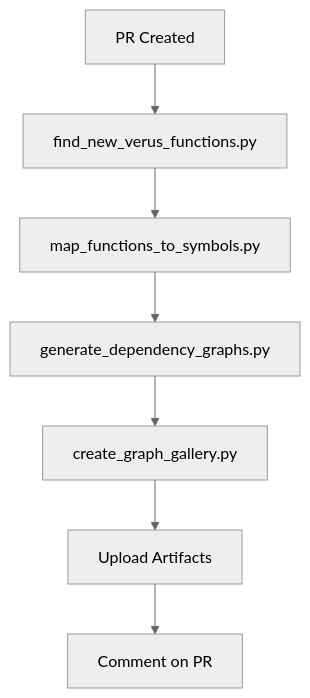
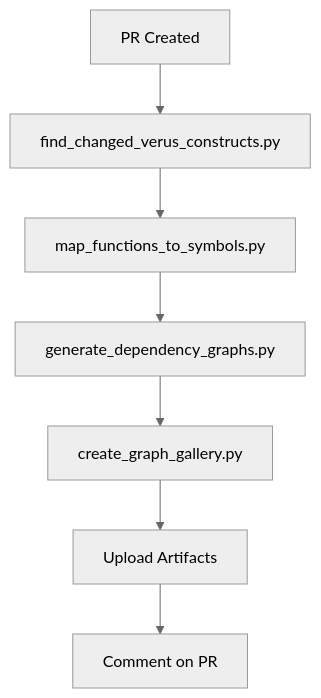
Before and after one commit to Beneficial-AI-Foundation/dalek-lite: the diagram in scripts/README.md, drawn with Mermaid (neutral theme). The commit also changed other lines of this file and 12 other files, not shown here.

Commit message:
remove branch logic from graph workflow

````diff
--- a/scripts/README.md
+++ b/scripts/README.md
@@ -247,9 +247,9 @@
 ```mermaid
 graph TD
-    A[PR Created] --> B[find_new_verus_functions.py]
+    A[PR Created] --> B[find_changed_verus_constructs.py]
     B --> C[map_functions_to_symbols.py]
     C --> D[generate_dependency_graphs.py]
     D --> E[create_graph_gallery.py]
     E --> F[Upload Artifacts]
     F --> G[Comment on PR]
 ```
````
